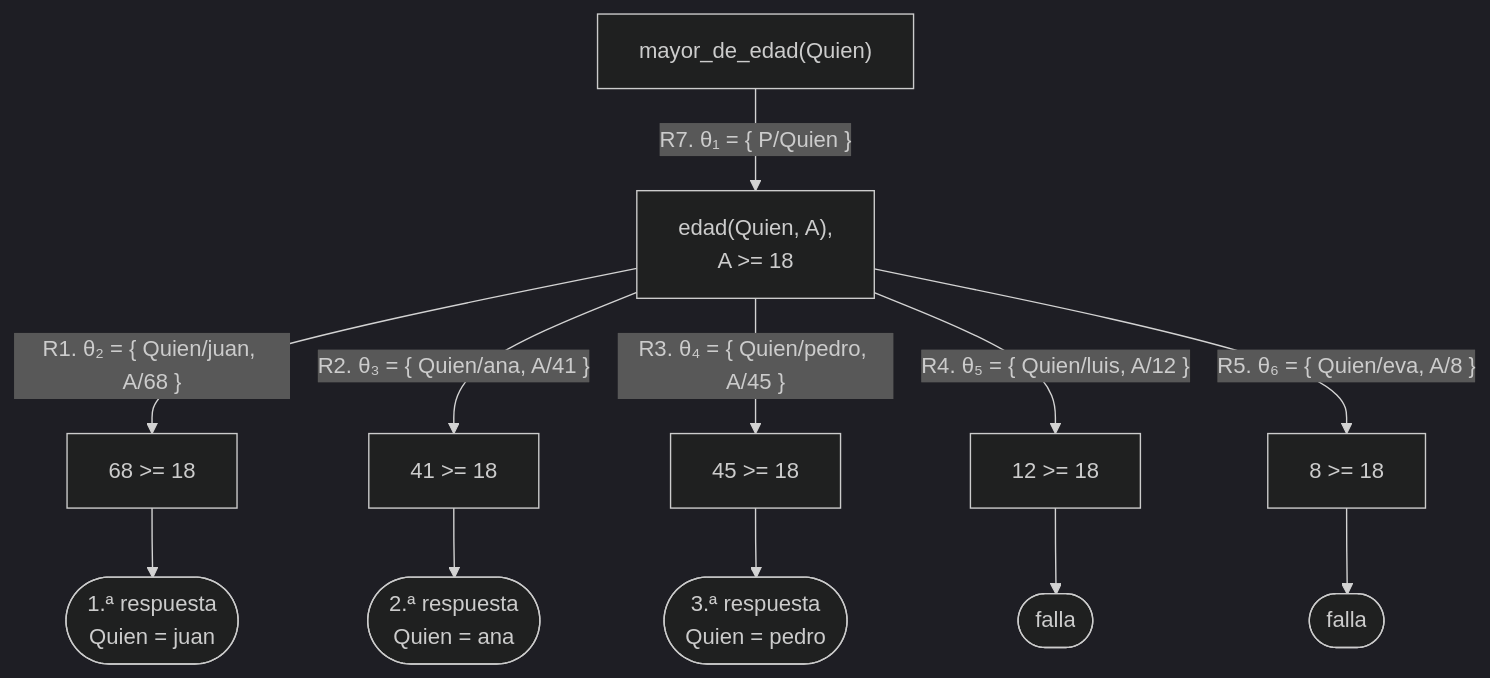
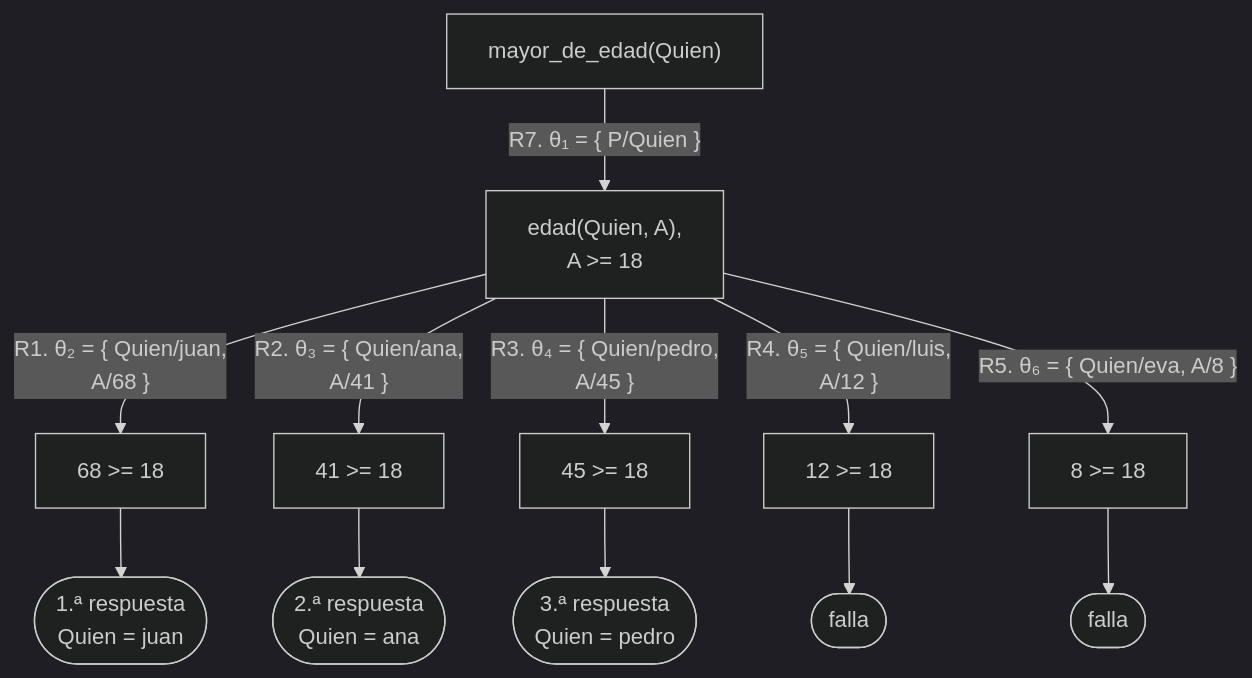
Before and after one commit to CesarBallardini/curso-de-prolog: the second of 8 diagrams in docs/capitulo-08-aritmetica/index.md, drawn with Mermaid (dark theme). The commit also changed other lines of this file and 24 other files, not shown here.

First line of the commit message:
feat(docs): botones para ocultar las columnas laterales y etiquetas cortas en los diagramas

````diff
--- a/docs/capitulo-08-aritmetica/index.md
+++ b/docs/capitulo-08-aritmetica/index.md
@@ -142,15 +142,15 @@
 ```mermaid
 %%{init: {"flowchart": {"nodeSpacing": 25}}}%%
 flowchart TD
     A["mayor_de_edad(Quien)"] -- "R7. θ₁ = {&nbsp;P/Quien&nbsp;}" --> B["edad(Quien, A),<br/>A >= 18"]
-    B -- "R1. θ₂ = {&nbsp;Quien/juan, A/68&nbsp;}" --> C1["68 >= 18"]
+    B -- "R1. θ₂ = {&nbsp;Quien/juan,<br/>A/68&nbsp;}" --> C1["68 >= 18"]
     C1 --> S1(["1.ª respuesta<br/>Quien = juan"])
-    B -- "R2. θ₃ = {&nbsp;Quien/ana, A/41&nbsp;}" --> C2["41 >= 18"]
+    B -- "R2. θ₃ = {&nbsp;Quien/ana,<br/>A/41&nbsp;}" --> C2["41 >= 18"]
     C2 --> S2(["2.ª respuesta<br/>Quien = ana"])
-    B -- "R3. θ₄ = {&nbsp;Quien/pedro, A/45&nbsp;}" --> C3["45 >= 18"]
+    B -- "R3. θ₄ = {&nbsp;Quien/pedro,<br/>A/45&nbsp;}" --> C3["45 >= 18"]
     C3 --> S3(["3.ª respuesta<br/>Quien = pedro"])
-    B -- "R4. θ₅ = {&nbsp;Quien/luis, A/12&nbsp;}" --> C4["12 >= 18"]
+    B -- "R4. θ₅ = {&nbsp;Quien/luis,<br/>A/12&nbsp;}" --> C4["12 >= 18"]
     C4 --> F4(["falla"])
     B -- "R5. θ₆ = {&nbsp;Quien/eva, A/8&nbsp;}" --> C5["8 >= 18"]
     C5 --> F5(["falla"])
 ```
````
